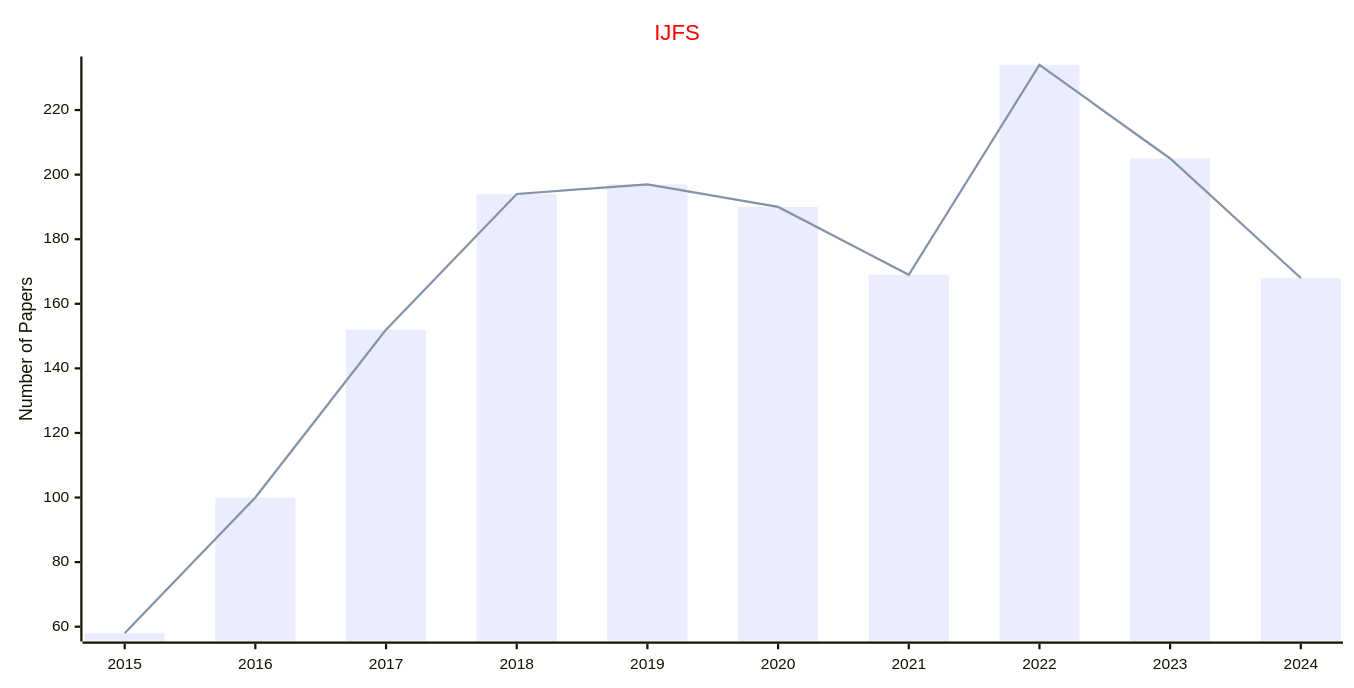
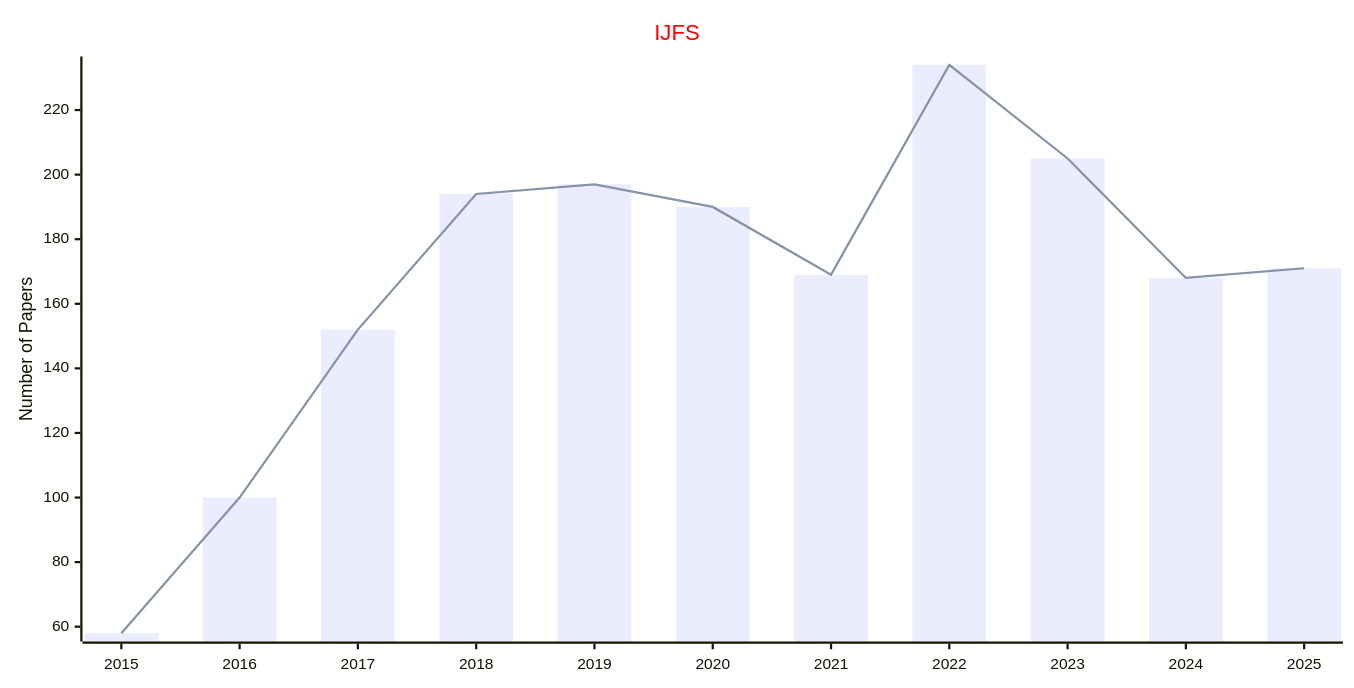
One commit to Easy-PhD/AILinks changed the fifth of 6 diagrams in docs/data/Journals/Statistics_Journals/Fuzzy_and_Uncertainty.md. Above: the diagram before and after it, drawn with Mermaid. The commit also changed other lines of this file and 107 other files, not shown here.

````diff
--- a/docs/data/Journals/Statistics_Journals/Fuzzy_and_Uncertainty.md
+++ b/docs/data/Journals/Statistics_Journals/Fuzzy_and_Uncertainty.md
@@ -105,17 +105,17 @@
 ```mermaid
 ---
 config:
     xyChart:
         width: 1200
         height: 600
     themeVariables:
         xyChart:
             titleColor: "#ff0000"
 ---
 xychart-beta
     title "IJFS"
-    x-axis [2015, 2016, 2017, 2018, 2019, 2020, 2021, 2022, 2023, 2024]
+    x-axis [2015, 2016, 2017, 2018, 2019, 2020, 2021, 2022, 2023, 2024, 2025]
     y-axis "Number of Papers"
-    bar [58, 100, 152, 194, 197, 190, 169, 234, 205, 168]
-    line [58, 100, 152, 194, 197, 190, 169, 234, 205, 168]
+    bar [58, 100, 152, 194, 197, 190, 169, 234, 205, 168, 171]
+    line [58, 100, 152, 194, 197, 190, 169, 234, 205, 168, 171]
 ```
````
